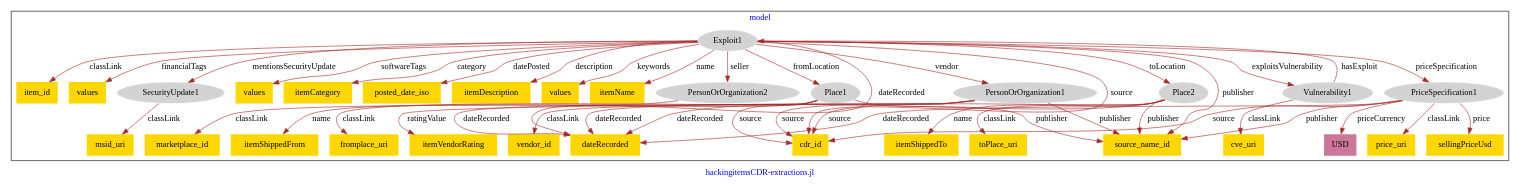
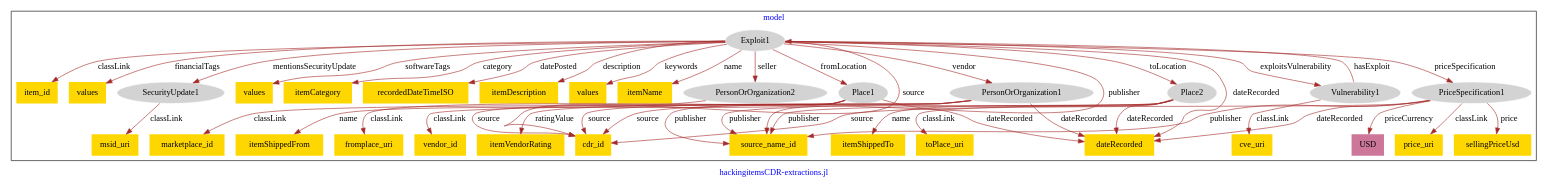
One commit to usc-isi-i2/effect-alignment changed the diagram in models/asu-hacking-items/hacking_items-model.dot. Above: the diagram before and after it, drawn with Graphviz.

Commit message:
Update file hacking_items-model.dot

```diff
--- a/models/asu-hacking-items/hacking_items-model.dot
+++ b/models/asu-hacking-items/hacking_items-model.dot
@@ -1,82 +1,82 @@
 digraph n0 {
 fontcolor="blue"
 remincross="true"
 label="hackingitemsCDR-extractions.jl"
 subgraph cluster {
 label="model"
 n2[style="filled",color="white",fillcolor="lightgray",label="Exploit1"];
 n3[shape="plaintext",style="filled",fillcolor="gold",label="item_id"];
 n4[shape="plaintext",style="filled",fillcolor="gold",label="values"];
 n5[style="filled",color="white",fillcolor="lightgray",label="SecurityUpdate1"];
 n6[shape="plaintext",style="filled",fillcolor="gold",label="values"];
 n7[shape="plaintext",style="filled",fillcolor="gold",label="itemCategory"];
-n8[shape="plaintext",style="filled",fillcolor="gold",label="posted_date_iso"];
+n8[shape="plaintext",style="filled",fillcolor="gold",label="recordedDateTimeISO"];
 n9[shape="plaintext",style="filled",fillcolor="gold",label="itemDescription"];
 n10[shape="plaintext",style="filled",fillcolor="gold",label="values"];
 n11[shape="plaintext",style="filled",fillcolor="gold",label="itemName"];
 n12[style="filled",color="white",fillcolor="lightgray",label="PersonOrOrganization1"];
 n13[shape="plaintext",style="filled",fillcolor="gold",label="vendor_id"];
-n14[shape="plaintext",style="filled",fillcolor="gold",label="dateRecorded"];
-n15[shape="plaintext",style="filled",fillcolor="gold",label="itemVendorRating"];
+n14[shape="plaintext",style="filled",fillcolor="gold",label="itemVendorRating"];
+n15[shape="plaintext",style="filled",fillcolor="gold",label="cdr_id"];
 n16[style="filled",color="white",fillcolor="lightgray",label="PersonOrOrganization2"];
 n17[shape="plaintext",style="filled",fillcolor="gold",label="marketplace_id"];
 n18[shape="plaintext",style="filled",fillcolor="gold",label="msid_uri"];
 n19[style="filled",color="white",fillcolor="lightgray",label="Vulnerability1"];
 n20[shape="plaintext",style="filled",fillcolor="gold",label="cve_uri"];
 n21[style="filled",color="white",fillcolor="lightgray",label="Place1"];
 n22[shape="plaintext",style="filled",fillcolor="gold",label="fromplace_uri"];
 n23[shape="plaintext",style="filled",fillcolor="gold",label="itemShippedFrom"];
 n24[style="filled",color="white",fillcolor="lightgray",label="Place2"];
 n25[shape="plaintext",style="filled",fillcolor="gold",label="toPlace_uri"];
 n26[shape="plaintext",style="filled",fillcolor="gold",label="itemShippedTo"];
 n27[style="filled",color="white",fillcolor="lightgray",label="PriceSpecification1"];
 n28[shape="plaintext",style="filled",fillcolor="gold",label="price_uri"];
 n29[shape="plaintext",style="filled",fillcolor="gold",label="sellingPriceUsd"];
 n30[shape="plaintext",style="filled",fillcolor="#CC7799",label="USD"];
-n31[shape="plaintext",style="filled",fillcolor="gold",label="cdr_id"];
-n32[shape="plaintext",style="filled",fillcolor="gold",label="source_name_id"];
+n31[shape="plaintext",style="filled",fillcolor="gold",label="source_name_id"];
+n32[shape="plaintext",style="filled",fillcolor="gold",label="dateRecorded"];
 }
 n2 -> n3[color="brown",fontcolor="black",label="classLink"]
 n2 -> n4[color="brown",fontcolor="black",label="financialTags"]
 n2 -> n5[color="brown",fontcolor="black",label="mentionsSecurityUpdate"]
 n2 -> n6[color="brown",fontcolor="black",label="softwareTags"]
 n2 -> n7[color="brown",fontcolor="black",label="category"]
 n2 -> n8[color="brown",fontcolor="black",label="datePosted"]
 n2 -> n9[color="brown",fontcolor="black",label="description"]
 n2 -> n10[color="brown",fontcolor="black",label="keywords"]
 n2 -> n11[color="brown",fontcolor="black",label="name"]
 n12 -> n13[color="brown",fontcolor="black",label="classLink"]
-n12 -> n14[color="brown",fontcolor="black",label="dateRecorded"]
-n12 -> n15[color="brown",fontcolor="black",label="ratingValue"]
+n12 -> n14[color="brown",fontcolor="black",label="ratingValue"]
+n12 -> n15[color="brown",fontcolor="black",label="source"]
 n16 -> n17[color="brown",fontcolor="black",label="classLink"]
 n5 -> n18[color="brown",fontcolor="black",label="classLink"]
 n19 -> n20[color="brown",fontcolor="black",label="classLink"]
 n21 -> n22[color="brown",fontcolor="black",label="classLink"]
-n21 -> n14[color="brown",fontcolor="black",label="dateRecorded"]
 n21 -> n23[color="brown",fontcolor="black",label="name"]
+n21 -> n15[color="brown",fontcolor="black",label="source"]
 n24 -> n25[color="brown",fontcolor="black",label="classLink"]
-n24 -> n14[color="brown",fontcolor="black",label="dateRecorded"]
 n24 -> n26[color="brown",fontcolor="black",label="name"]
+n24 -> n15[color="brown",fontcolor="black",label="source"]
 n27 -> n28[color="brown",fontcolor="black",label="classLink"]
-n27 -> n14[color="brown",fontcolor="black",label="dateRecorded"]
 n27 -> n29[color="brown",fontcolor="black",label="price"]
 n27 -> n30[color="brown",fontcolor="black",label="priceCurrency"]
+n27 -> n15[color="brown",fontcolor="black",label="source"]
 n2 -> n27[color="brown",fontcolor="black",label="priceSpecification"]
 n2 -> n24[color="brown",fontcolor="black",label="toLocation"]
-n2 -> n14[color="brown",fontcolor="black",label="dateRecorded"]
-n12 -> n31[color="brown",fontcolor="black",label="source"]
+n12 -> n31[color="brown",fontcolor="black",label="publisher"]
+n12 -> n32[color="brown",fontcolor="black",label="dateRecorded"]
 n2 -> n21[color="brown",fontcolor="black",label="fromLocation"]
+n21 -> n31[color="brown",fontcolor="black",label="publisher"]
 n19 -> n2[color="brown",fontcolor="black",label="hasExploit"]
 n2 -> n19[color="brown",fontcolor="black",label="exploitsVulnerability"]
-n12 -> n32[color="brown",fontcolor="black",label="publisher"]
+n2 -> n31[color="brown",fontcolor="black",label="publisher"]
 n2 -> n16[color="brown",fontcolor="black",label="seller"]
-n2 -> n31[color="brown",fontcolor="black",label="source"]
-n24 -> n31[color="brown",fontcolor="black",label="source"]
-n24 -> n32[color="brown",fontcolor="black",label="publisher"]
+n2 -> n15[color="brown",fontcolor="black",label="source"]
+n21 -> n32[color="brown",fontcolor="black",label="dateRecorded"]
 n2 -> n12[color="brown",fontcolor="black",label="vendor"]
-n27 -> n32[color="brown",fontcolor="black",label="publisher"]
-n21 -> n32[color="brown",fontcolor="black",label="publisher"]
-n27 -> n31[color="brown",fontcolor="black",label="source"]
-n21 -> n31[color="brown",fontcolor="black",label="source"]
-n2 -> n32[color="brown",fontcolor="black",label="publisher"]
+n27 -> n31[color="brown",fontcolor="black",label="publisher"]
+n24 -> n31[color="brown",fontcolor="black",label="publisher"]
+n2 -> n32[color="brown",fontcolor="black",label="dateRecorded"]
+n27 -> n32[color="brown",fontcolor="black",label="dateRecorded"]
+n24 -> n32[color="brown",fontcolor="black",label="dateRecorded"]
 }
```
